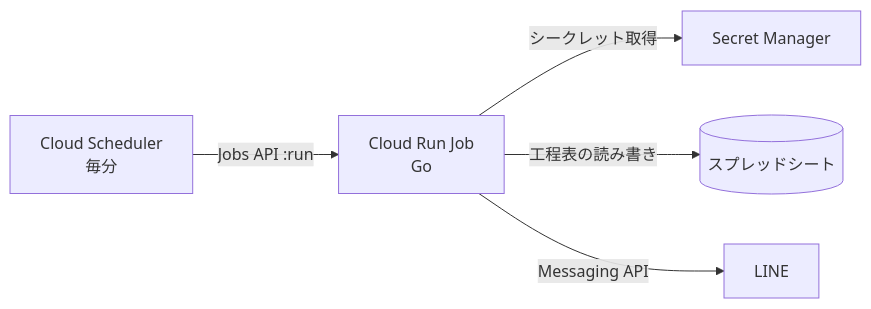
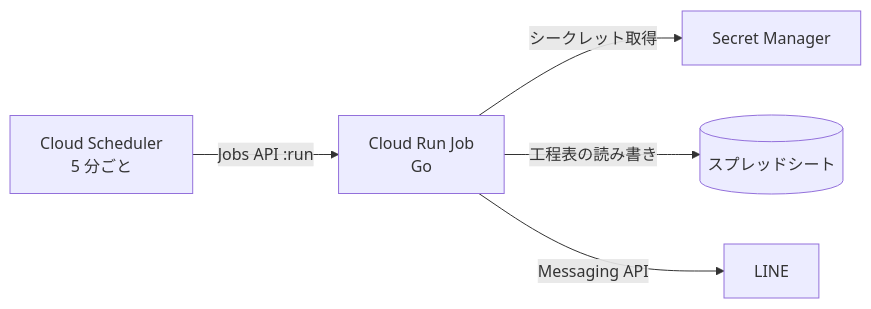
One commit to kotonara-tech/kototech-line-notification changed the diagram in docs/engineering/01-overview.md. Above: the diagram before and after it, drawn with Mermaid. The commit also changed other lines of this file and 13 other files, not shown here.

````diff
--- a/docs/engineering/01-overview.md
+++ b/docs/engineering/01-overview.md
@@ -41,7 +41,7 @@
 ```mermaid
 flowchart LR
-    Sched[Cloud Scheduler<br/>毎分] -->|Jobs API :run| Run[Cloud Run Job<br/>Go]
+    Sched[Cloud Scheduler<br/>5 分ごと] -->|Jobs API :run| Run[Cloud Run Job<br/>Go]
     Run -->|シークレット取得| SM[Secret Manager]
     Run -->|工程表の読み書き| Sheet[(スプレッドシート)]
     Run -->|Messaging API| LINE[LINE]
 ```
````
